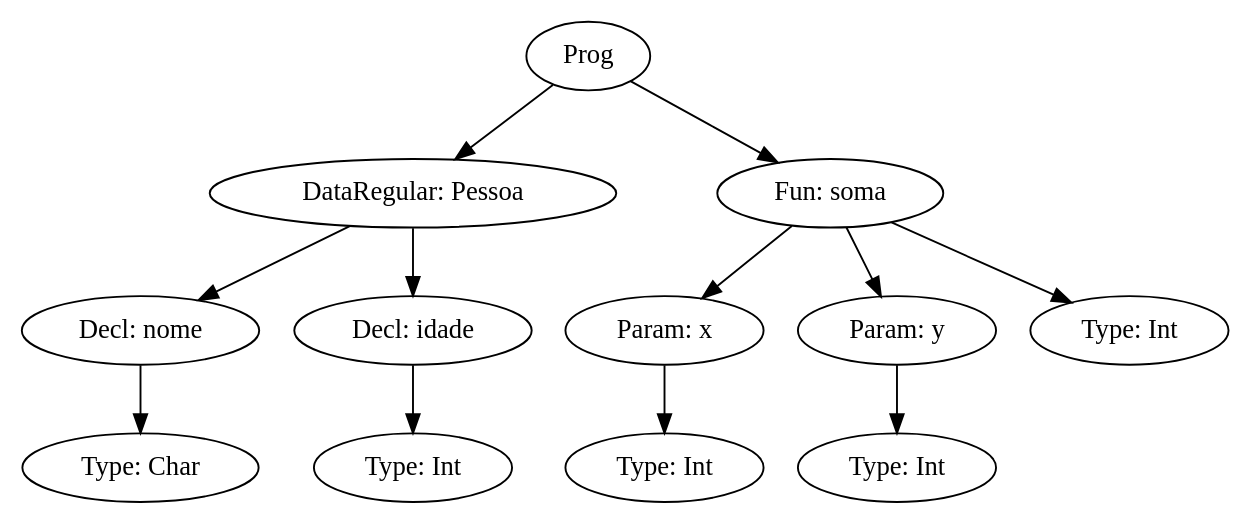
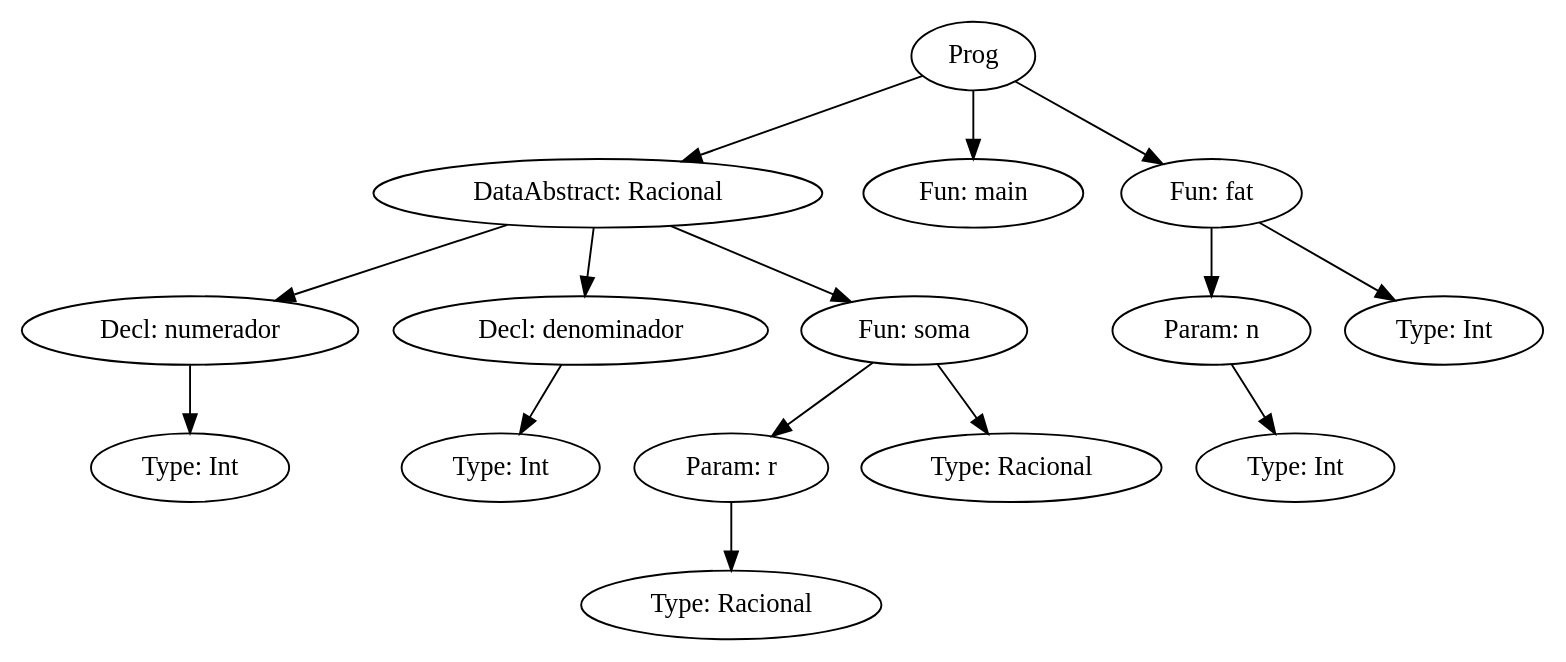
Before and after one commit to Maycdouglas/trabalhoCompiladores: the diagram in antlr/ast.dot, drawn with Graphviz. The commit also changed 2 other files, not shown here.

```diff
--- a/antlr/ast.dot
+++ b/antlr/ast.dot
@@ -1,25 +1,31 @@
 digraph AST {
-"Prog914504136" [label="Prog"];
-"DataRegular2085857771" [label="DataRegular: Pessoa"];
-"Prog914504136" -> "DataRegular2085857771";
-"Decl248609774" [label="Decl: nome"];
-"DataRegular2085857771" -> "Decl248609774";
-"Type708049632" [label="Type: Char"];
-"Decl248609774" -> "Type708049632";
-"Decl1887400018" [label="Decl: idade"];
-"DataRegular2085857771" -> "Decl1887400018";
-"Type285377351" [label="Type: Int"];
-"Decl1887400018" -> "Type285377351";
-"Fun344560770" [label="Fun: soma"];
-"Prog914504136" -> "Fun344560770";
-"Param559450121" [label="Param: x"];
-"Fun344560770" -> "Param559450121";
-"Type716083600" [label="Type: Int"];
-"Param559450121" -> "Type716083600";
-"Param791885625" [label="Param: y"];
-"Fun344560770" -> "Param791885625";
-"Type2001112025" [label="Type: Int"];
-"Param791885625" -> "Type2001112025";
-"Type314265080" [label="Type: Int"];
-"Fun344560770" -> "Type314265080";
+"Prog325333723" [label="Prog"];
+"DataAbstract1782113663" [label="DataAbstract: Racional"];
+"Prog325333723" -> "DataAbstract1782113663";
+"Decl1433867275" [label="Decl: numerador"];
+"DataAbstract1782113663" -> "Decl1433867275";
+"Type476800120" [label="Type: Int"];
+"Decl1433867275" -> "Type476800120";
+"Decl1744347043" [label="Decl: denominador"];
+"DataAbstract1782113663" -> "Decl1744347043";
+"Type1254526270" [label="Type: Int"];
+"Decl1744347043" -> "Type1254526270";
+"Fun662441761" [label="Fun: soma"];
+"DataAbstract1782113663" -> "Fun662441761";
+"Param1618212626" [label="Param: r"];
+"Fun662441761" -> "Param1618212626";
+"Type1129670968" [label="Type: Racional"];
+"Param1618212626" -> "Type1129670968";
+"Type1023714065" [label="Type: Racional"];
+"Fun662441761" -> "Type1023714065";
+"Fun2051450519" [label="Fun: main"];
+"Prog325333723" -> "Fun2051450519";
+"Fun99747242" [label="Fun: fat"];
+"Prog325333723" -> "Fun99747242";
+"Param1837543557" [label="Param: n"];
+"Fun99747242" -> "Param1837543557";
+"Type1971489295" [label="Type: Int"];
+"Param1837543557" -> "Type1971489295";
+"Type985655350" [label="Type: Int"];
+"Fun99747242" -> "Type985655350";
 }
```
